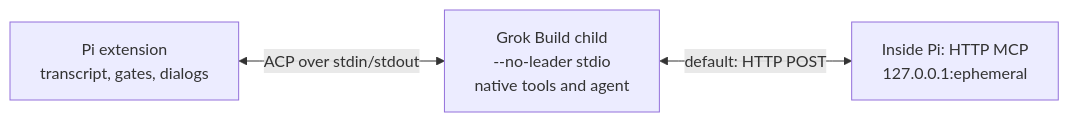
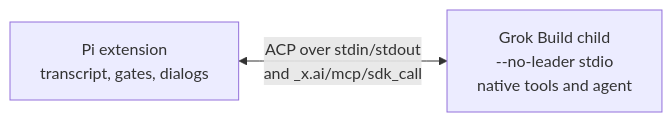
One commit to JangMan-J/pi-grok-agent changed the diagram in docs/architecture-diagram.md. Above: the diagram before and after it, drawn with Mermaid. The commit also changed other lines of this file and 7 other files, not shown here.

````diff
--- a/docs/architecture-diagram.md
+++ b/docs/architecture-diagram.md
@@ -5,8 +5,6 @@
 ```mermaid
 flowchart LR
     PI["Pi extension<br/>transcript, gates, dialogs"]
     GK["Grok Build child<br/>--no-leader stdio<br/>native tools and agent"]
-    MCP["Inside Pi: HTTP MCP<br/>127.0.0.1:ephemeral"]
-    PI <-->|"ACP over stdin/stdout"| GK
-    GK <-->|"default: HTTP POST"| MCP
+    PI <-->|"ACP over stdin/stdout<br/>and _x.ai/mcp/sdk_call"| GK
 ```
````
